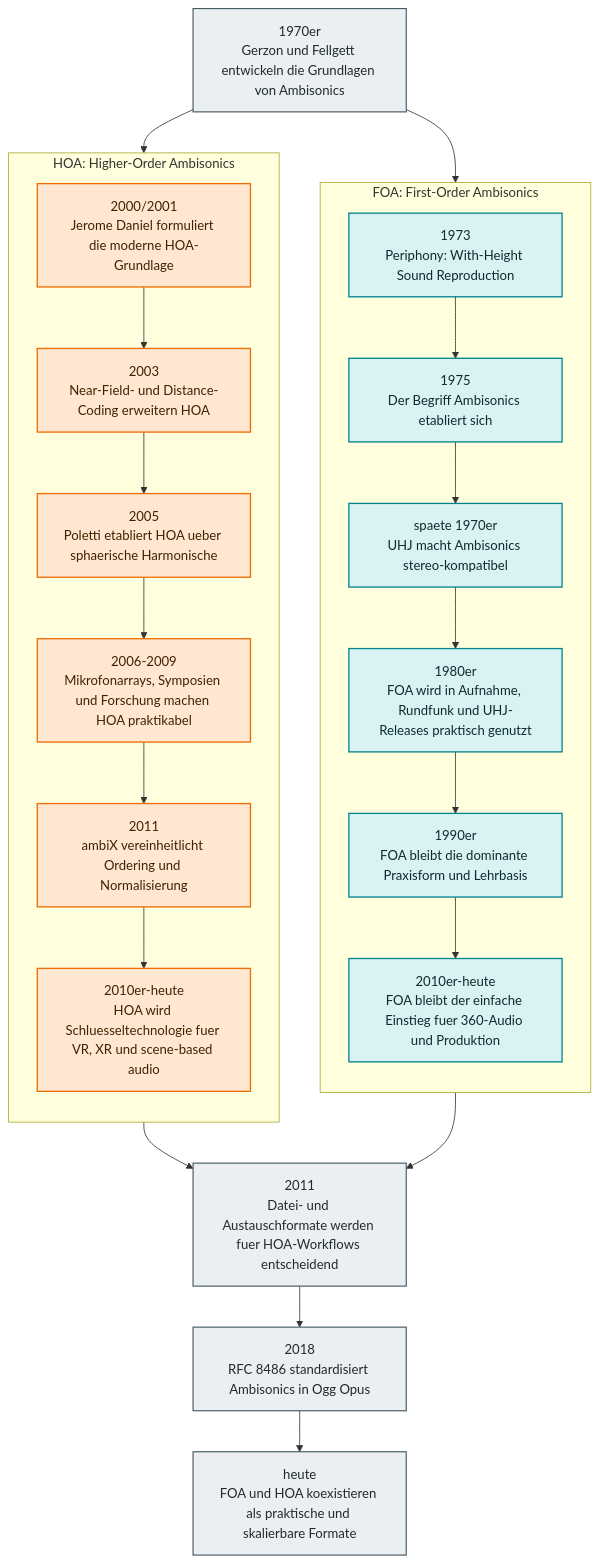
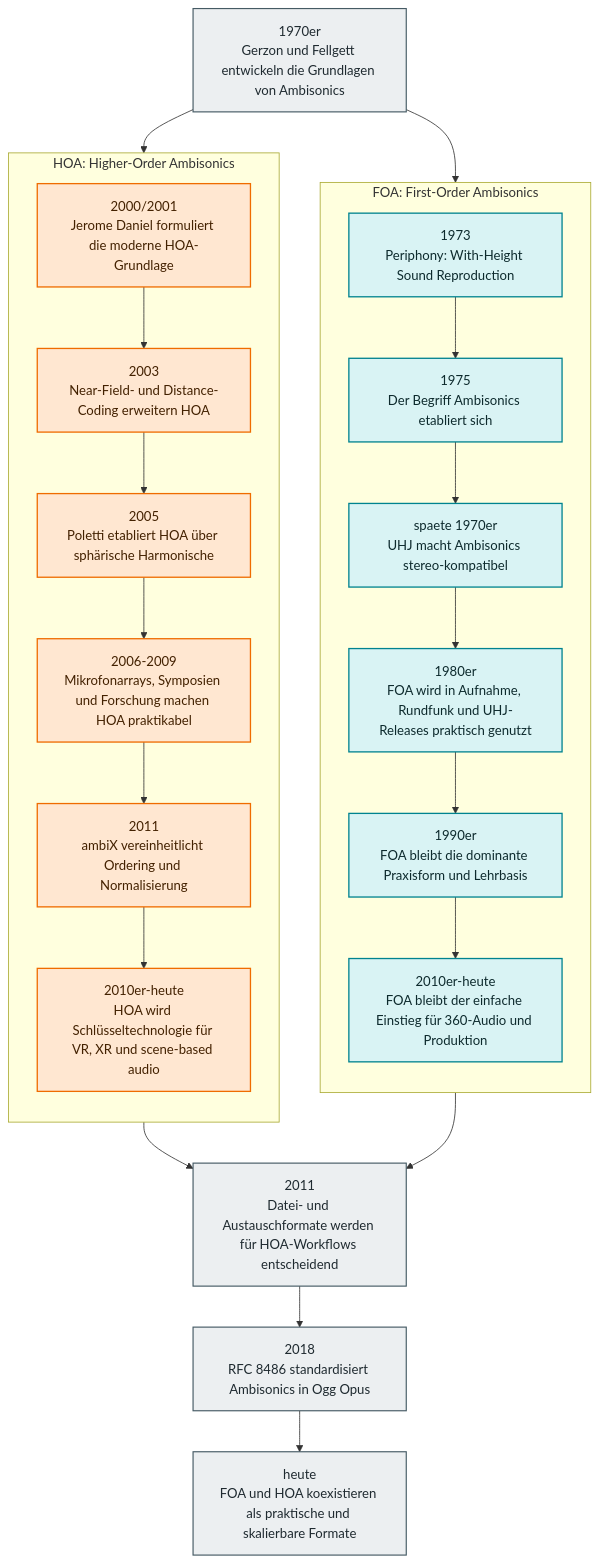
One commit to joambi/icst-ambisonics.github.io changed the diagram in content/Blog/geschichte-von-ambisonics-foa-und-hoa/index.de.md. Above: the diagram before and after it, drawn with Mermaid. The commit also changed 85 other files, not shown here.

````diff
--- a/content/Blog/geschichte-von-ambisonics-foa-und-hoa/index.de.md
+++ b/content/Blog/geschichte-von-ambisonics-foa-und-hoa/index.de.md
@@ -25,37 +25,37 @@
 ```mermaid
 flowchart TB
     classDef foa fill:#d9f3f4,stroke:#00838f,color:#0d2a2d,stroke-width:1.6px;
     classDef hoa fill:#ffe7d1,stroke:#ef6c00,color:#432100,stroke-width:1.6px;
     classDef shared fill:#eceff1,stroke:#455a64,color:#1f2a30,stroke-width:1.4px;
 
     A["1970er<br/>Gerzon und Fellgett entwickeln die Grundlagen von Ambisonics"]:::shared
 
     subgraph FOA["FOA: First-Order Ambisonics"]
       direction TB
       F1["1973<br/>Periphony: With-Height Sound Reproduction"]:::foa
       F2["1975<br/>Der Begriff Ambisonics etabliert sich"]:::foa
       F3["spaete 1970er<br/>UHJ macht Ambisonics stereo-kompatibel"]:::foa
       F4["1980er<br/>FOA wird in Aufnahme, Rundfunk und UHJ-Releases praktisch genutzt"]:::foa
       F5["1990er<br/>FOA bleibt die dominante Praxisform und Lehrbasis"]:::foa
-      F6["2010er-heute<br/>FOA bleibt der einfache Einstieg fuer 360-Audio und Produktion"]:::foa
+      F6["2010er-heute<br/>FOA bleibt der einfache Einstieg für 360-Audio und Produktion"]:::foa
     end
 
     subgraph HOA["HOA: Higher-Order Ambisonics"]
       direction TB
       H1["2000/2001<br/>Jerome Daniel formuliert die moderne HOA-Grundlage"]:::hoa
       H2["2003<br/>Near-Field- und Distance-Coding erweitern HOA"]:::hoa
-      H3["2005<br/>Poletti etabliert HOA ueber sphaerische Harmonische"]:::hoa
+      H3["2005<br/>Poletti etabliert HOA über sphärische Harmonische"]:::hoa
       H4["2006-2009<br/>Mikrofonarrays, Symposien und Forschung machen HOA praktikabel"]:::hoa
       H5["2011<br/>ambiX vereinheitlicht Ordering und Normalisierung"]:::hoa
-      H6["2010er-heute<br/>HOA wird Schluesseltechnologie fuer VR, XR und scene-based audio"]:::hoa
+      H6["2010er-heute<br/>HOA wird Schlüsseltechnologie für VR, XR und scene-based audio"]:::hoa
     end
 
-    S1["2011<br/>Datei- und Austauschformate werden fuer HOA-Workflows entscheidend"]:::shared
+    S1["2011<br/>Datei- und Austauschformate werden für HOA-Workflows entscheidend"]:::shared
     S2["2018<br/>RFC 8486 standardisiert Ambisonics in Ogg Opus"]:::shared
     S3["heute<br/>FOA und HOA koexistieren als praktische und skalierbare Formate"]:::shared
 
     A --> F1 --> F2 --> F3 --> F4 --> F5 --> F6
     A --> H1 --> H2 --> H3 --> H4 --> H5 --> H6
     F5 --> S1 --> S2 --> S3
     H4 --> S1
 ```
````
